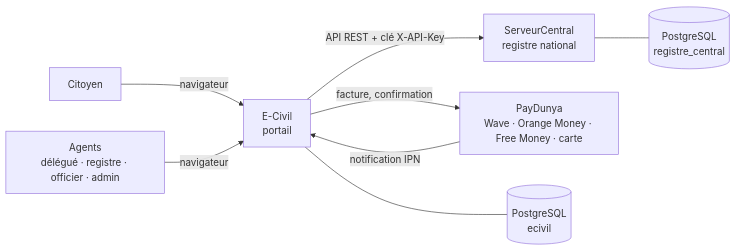
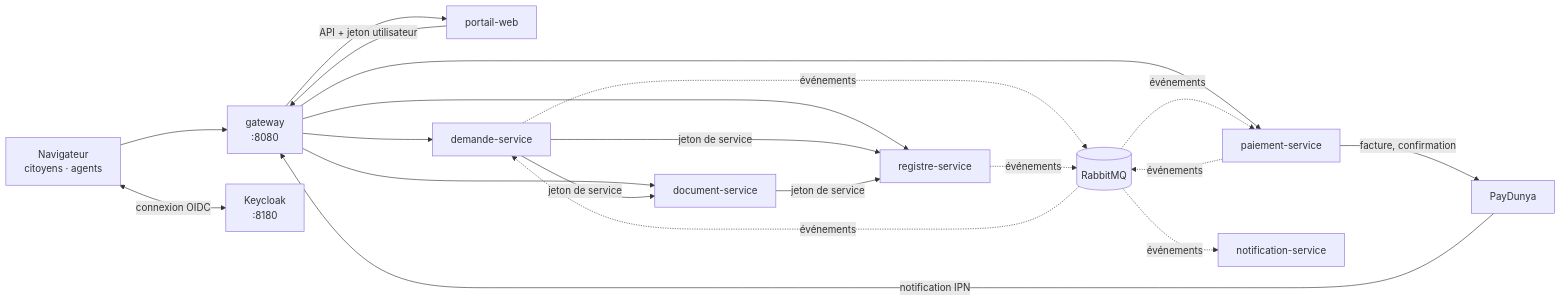
The first of 2 diagrams in README.md (AdjaAissatou/E-Civil), drawn with Mermaid before and after one commit. The commit also changed other lines of this file and 130 other files, not shown here.

First line of the commit message:
Microservices : correctif PayDunya, documentation, retrait de la version 2

````diff
--- a/README.md
+++ b/README.md
@@ -13,10 +12,18 @@
 ```mermaid
 flowchart LR
-    C[Citoyen] -->|navigateur| P[E-Civil<br/>portail]
-    A[Agents<br/>délégué · registre · officier · admin] -->|navigateur| P
-    P -->|API REST + clé X-API-Key| R[ServeurCentral<br/>registre national]
-    P -->|facture, confirmation| PD[PayDunya<br/>Wave · Orange Money · Free Money · carte]
-    PD -->|notification IPN| P
-    P --- DB1[(PostgreSQL<br/>ecivil)]
-    R --- DB2[(PostgreSQL<br/>registre_central)]
+    N[Navigateur<br/>citoyens · agents] --> G[gateway<br/>:8080]
+    PD[PayDunya] -->|notification IPN| G
+    N <-->|connexion OIDC| K[Keycloak<br/>:8180]
+    G --> P[portail-web]
+    G --> D[demande-service]
+    G --> PA[paiement-service]
+    G --> R[registre-service]
+    G --> DOC[document-service]
+    P -->|API + jeton utilisateur| G
+    D -->|jeton de service| R
+    D -->|jeton de service| DOC
+    DOC -->|jeton de service| R
+    PA -->|facture, confirmation| PD
+    D & PA & R -. événements .-> MQ[(RabbitMQ)]
+    MQ -. événements .-> D & PA & NO[notification-service]
 ```
````
